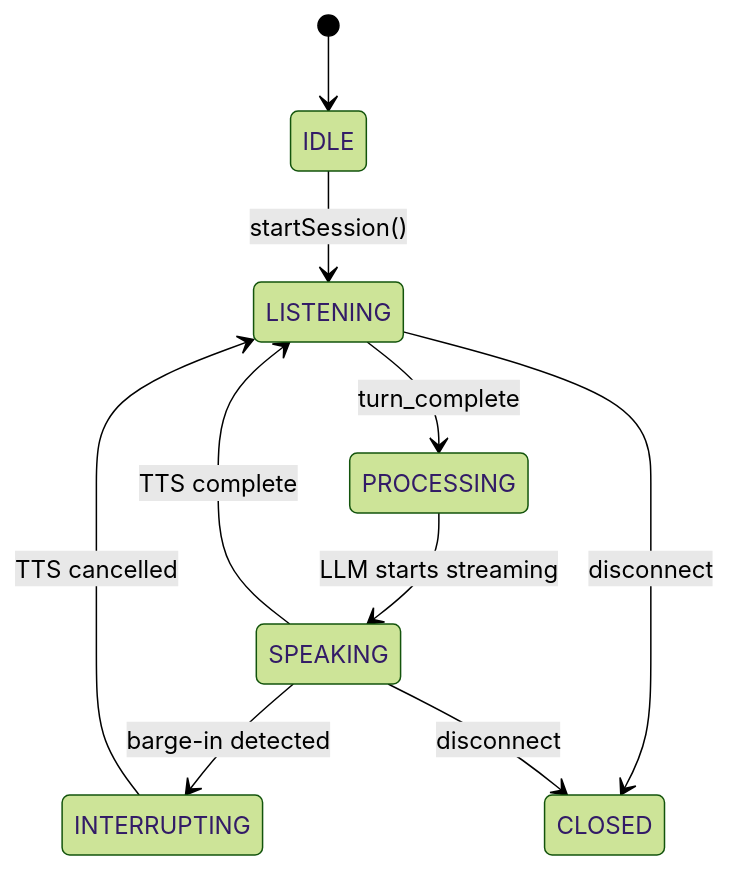
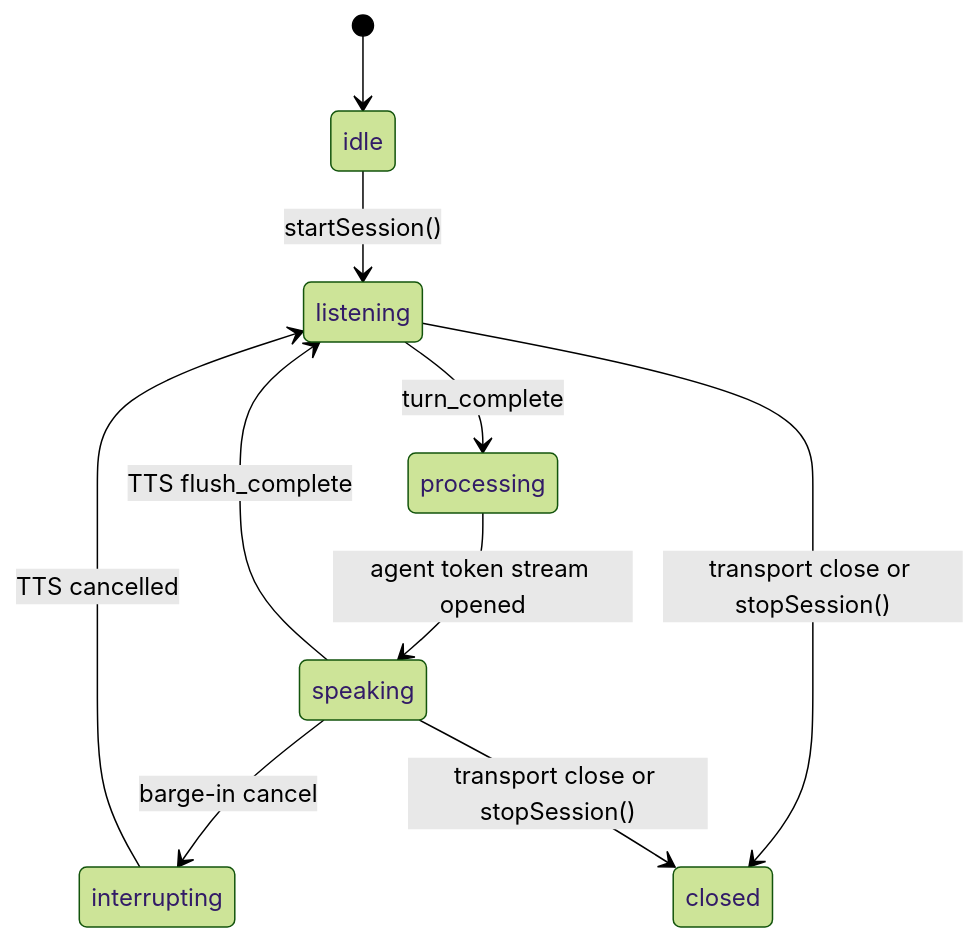
One commit to framerslab/agentos changed the second of 2 diagrams in docs/features/VOICE_PIPELINE.md. Above: the diagram before and after it, drawn with Mermaid (forest theme). The commit also changed other lines of this file, not shown here.

````diff
--- a/docs/features/VOICE_PIPELINE.md
+++ b/docs/features/VOICE_PIPELINE.md
@@ -33,12 +28,12 @@
 ```mermaid
 stateDiagram-v2
-    [*] --> IDLE
-    IDLE --> LISTENING: startSession()
-    LISTENING --> PROCESSING: turn_complete
-    PROCESSING --> SPEAKING: LLM starts streaming
-    SPEAKING --> LISTENING: TTS complete
-    SPEAKING --> INTERRUPTING: barge-in detected
-    INTERRUPTING --> LISTENING: TTS cancelled
-    LISTENING --> CLOSED: disconnect
-    SPEAKING --> CLOSED: disconnect
+    [*] --> idle
+    idle --> listening: startSession()
+    listening --> processing: turn_complete
+    processing --> speaking: agent token stream opened
+    speaking --> listening: TTS flush_complete
+    speaking --> interrupting: barge-in cancel
+    interrupting --> listening: TTS cancelled
+    listening --> closed: transport close or stopSession()
+    speaking --> closed: transport close or stopSession()
 ```
````
